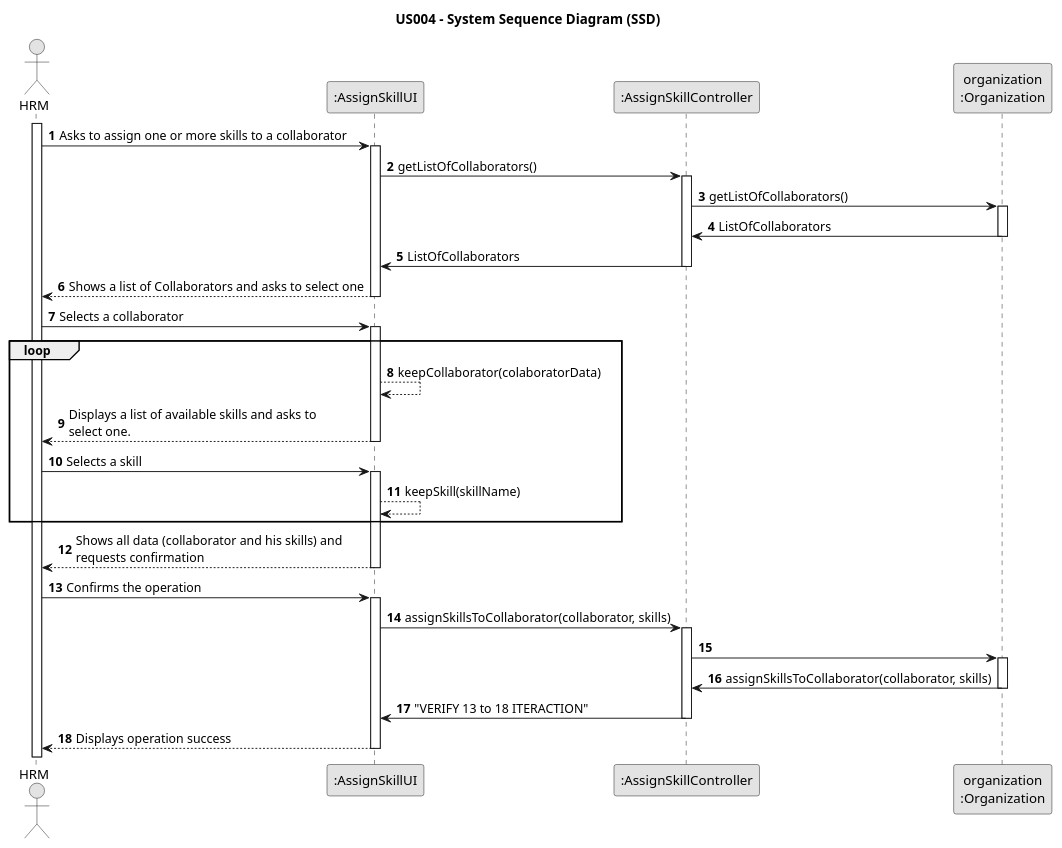
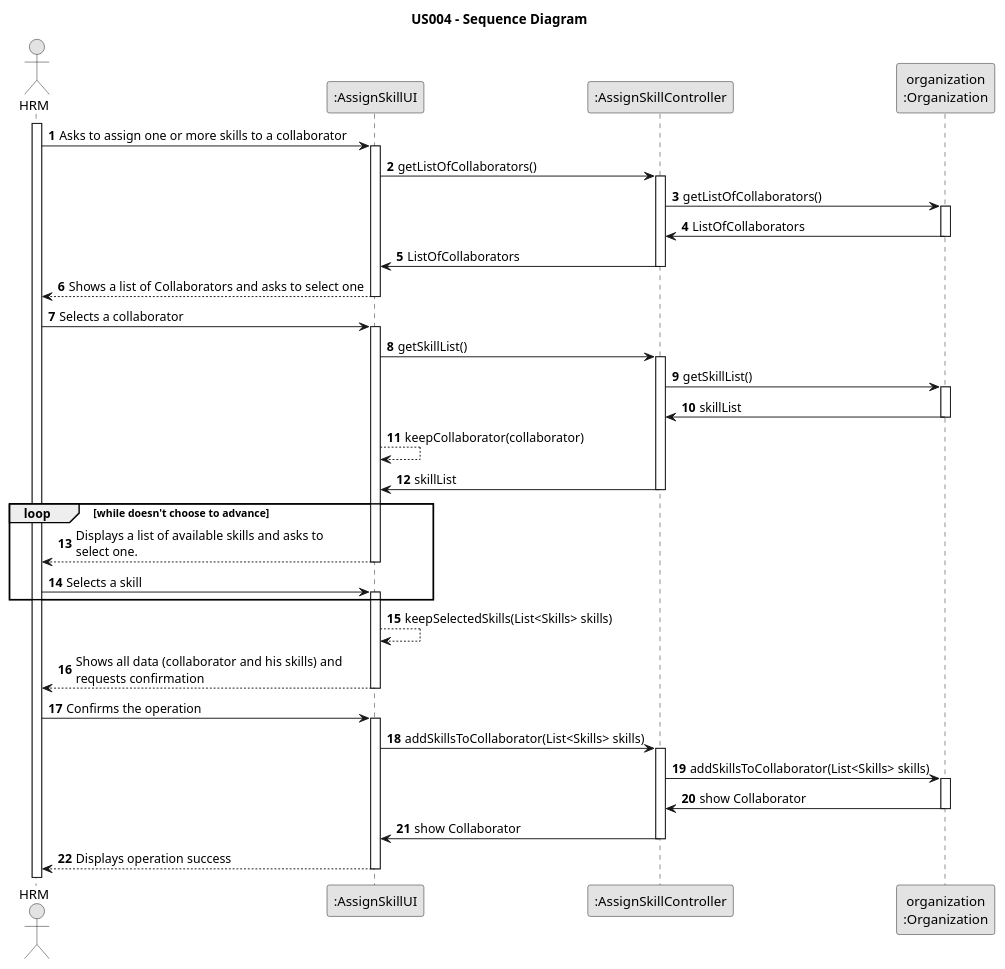
Before and after one commit to Rui-San/LAPR2_2023_2024: the diagram in docs/sprintB/us004/03.design/puml/us004-sequence-diagram.puml, drawn with PlantUML.

Commit message:
US004: Corrections on Sequence Diagram (Interaction 13 to 18)

```diff
--- a/docs/sprintB/us004/03.design/puml/us004-sequence-diagram.puml
+++ b/docs/sprintB/us004/03.design/puml/us004-sequence-diagram.puml
@@ -1,85 +1,106 @@
 @startuml
 skinparam monochrome true
 skinparam packageStyle rectangle
 skinparam shadowing false
 
-title US004 - System Sequence Diagram (SSD)
+title US004 - Sequence Diagram
 
 autonumber
 
 actor "HRM" as HRM
 participant ":AssignSkillUI" as UI
 participant ":AssignSkillController" as CTRL
 participant "organization\n:Organization" as ORG
 
 
 activate HRM
 
     HRM -> UI : Asks to assign one or more skills to a collaborator
 
     activate UI
 
         UI -> CTRL : getListOfCollaborators()
 
 
         activate CTRL
             CTRL -> ORG : getListOfCollaborators()
             activate ORG
             ORG -> CTRL : ListOfCollaborators
             deactivate ORG
 
             CTRL -> UI : ListOfCollaborators
 
 
 
 
         deactivate CTRL
 
         UI --> HRM : Shows a list of Collaborators and asks to select one
     deactivate UI
 
     HRM -> UI : Selects a collaborator
 
 
 
 
 
-    loop
+
 
     activate UI
-    UI --> UI : keepCollaborator(colaboratorData)
 
+    UI -> CTRL : getSkillList()
+
+    activate CTRL
+    CTRL -> ORG : getSkillList()
+
+    activate ORG
+
+    ORG -> CTRL : skillList
+
+    deactivate ORG
+
+    UI --> UI : keepCollaborator(collaborator)
+
+    CTRL -> UI : skillList
+
+        deactivate CTRL
+loop while doesn't choose to advance
         UI --> HRM : Displays a list of available skills and asks to \nselect one.
+
     deactivate UI
+
+
 
     HRM -> UI : Selects a skill
 
 
     activate UI
 
-    UI --> UI : keepSkill(skillName)
+    end
 
-    end
+    UI --> UI : keepSelectedSkills(List<Skills> skills)
+
+
 
         UI --> HRM : Shows all data (collaborator and his skills) and \nrequests confirmation
     deactivate UI
 
     HRM -> UI : Confirms the operation
     activate UI
 
-    UI -> CTRL : assignSkillsToCollaborator(collaborator, skills)
+    UI -> CTRL : addSkillsToCollaborator(List<Skills> skills)
 
         activate CTRL
-        CTRL -> ORG
+        CTRL -> ORG : addSkillsToCollaborator(List<Skills> skills)
             activate ORG
-            ORG ->CTRL : assignSkillsToCollaborator(collaborator, skills)
+            ORG ->CTRL : show Collaborator
 
             deactivate ORG
 
-            CTRL -> UI : "VERIFY 13 to 18 ITERACTION"
+            CTRL -> UI : show Collaborator
         deactivate CTRL
 
         UI --> HRM : Displays operation success
     deactivate UI
 
 @enduml
```
